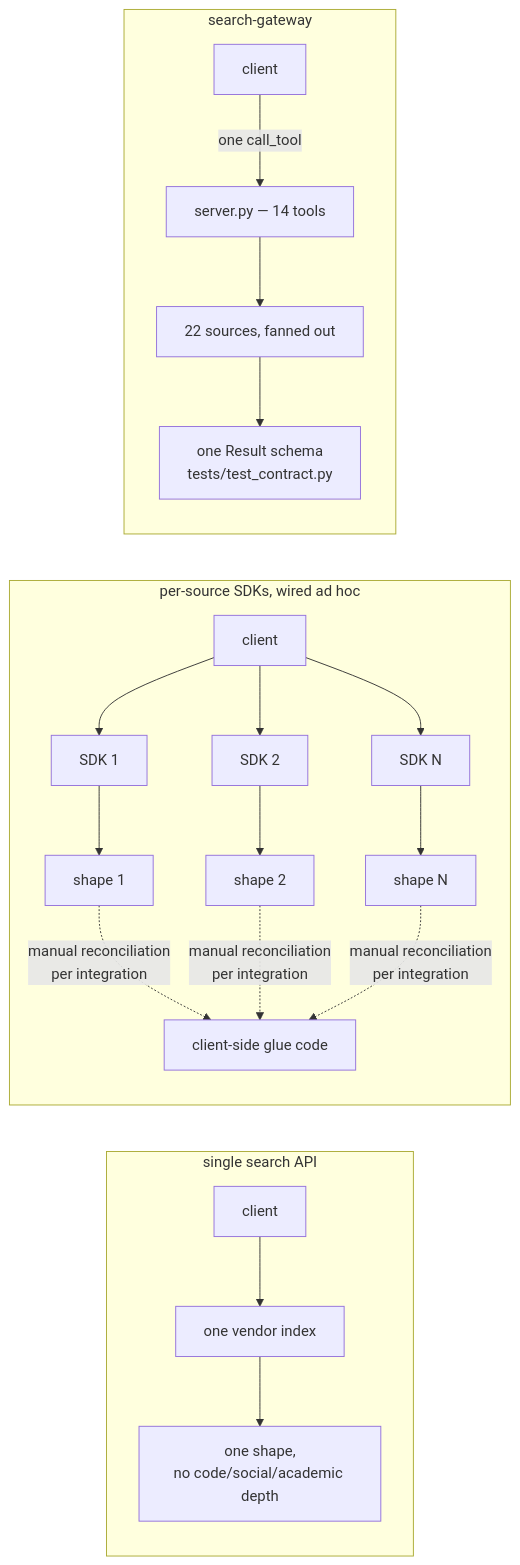
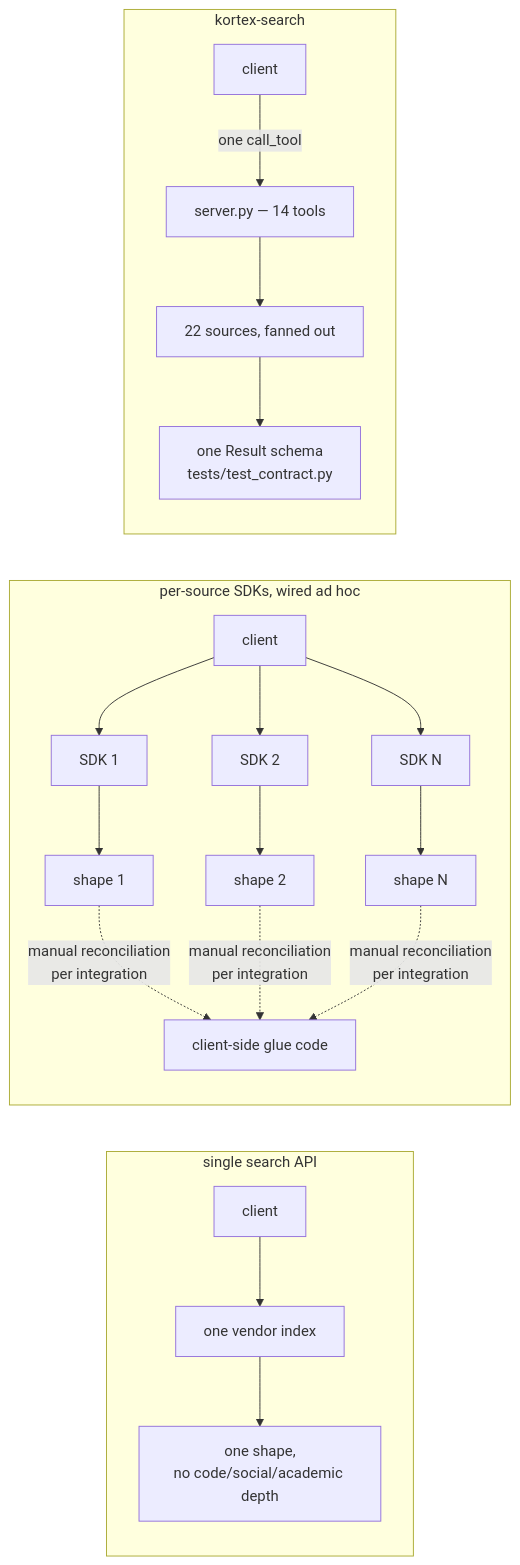
One commit to kbjama8/search-gateway changed the third of 3 diagrams in README.md. Above: the diagram before and after it, drawn with Mermaid. The commit also changed other lines of this file and 26 other files, not shown here.

First line of the commit message:
Rename docs and in-repo skills to Kortex Search

````diff
--- a/README.md
+++ b/README.md
@@ -155,21 +155,21 @@
 ```mermaid
 flowchart LR
     subgraph A["single search API"]
         A1["client"] --> A2["one vendor index"]
         A2 --> A3["one shape,<br/>no code/social/academic depth"]
     end
 
     subgraph B["per-source SDKs, wired ad hoc"]
         B1["client"] --> B2["SDK 1"] & B3["SDK 2"] & B4["SDK N"]
         B2 --> B5["shape 1"]
         B3 --> B6["shape 2"]
         B4 --> B7["shape N"]
         B5 & B6 & B7 -.->|"manual reconciliation<br/>per integration"| B8["client-side glue code"]
     end
 
-    subgraph GW["search-gateway"]
+    subgraph GW["kortex-search"]
         G1["client"] -->|"one call_tool"| G2["server.py — 14 tools"]
         G2 --> G3["22 sources, fanned out"]
         G3 --> G4["one Result schema<br/>tests/test_contract.py"]
     end
 ```
````
